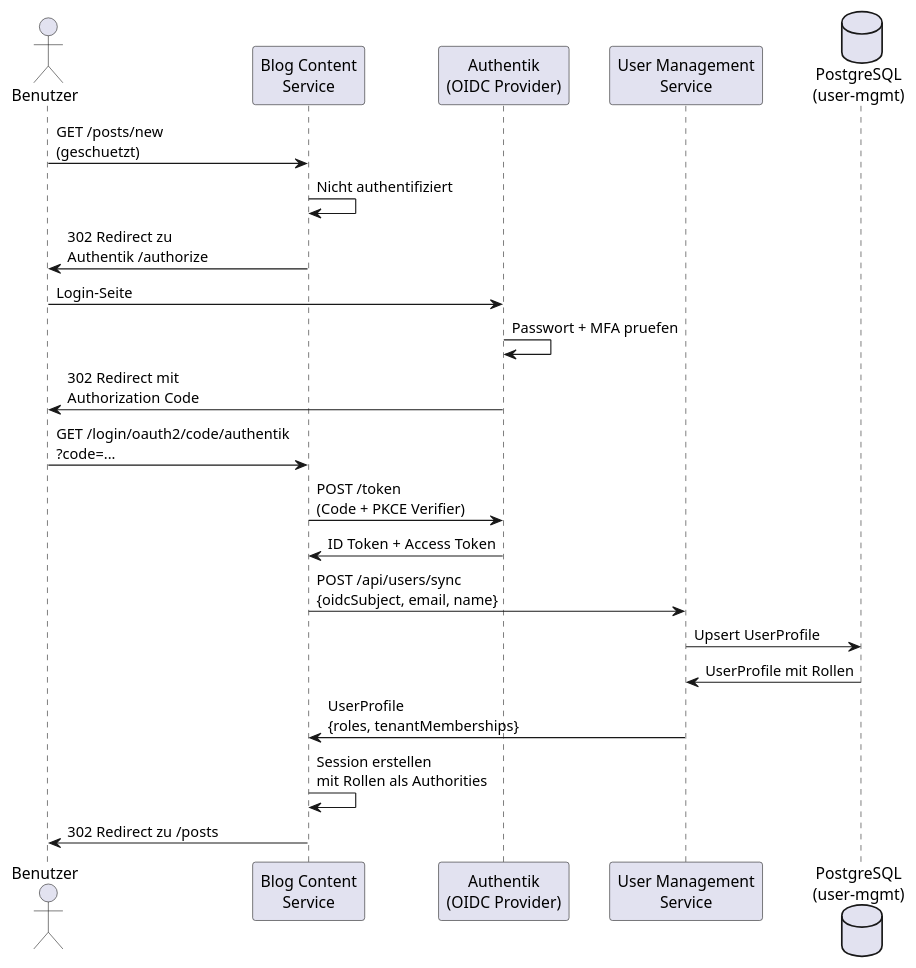
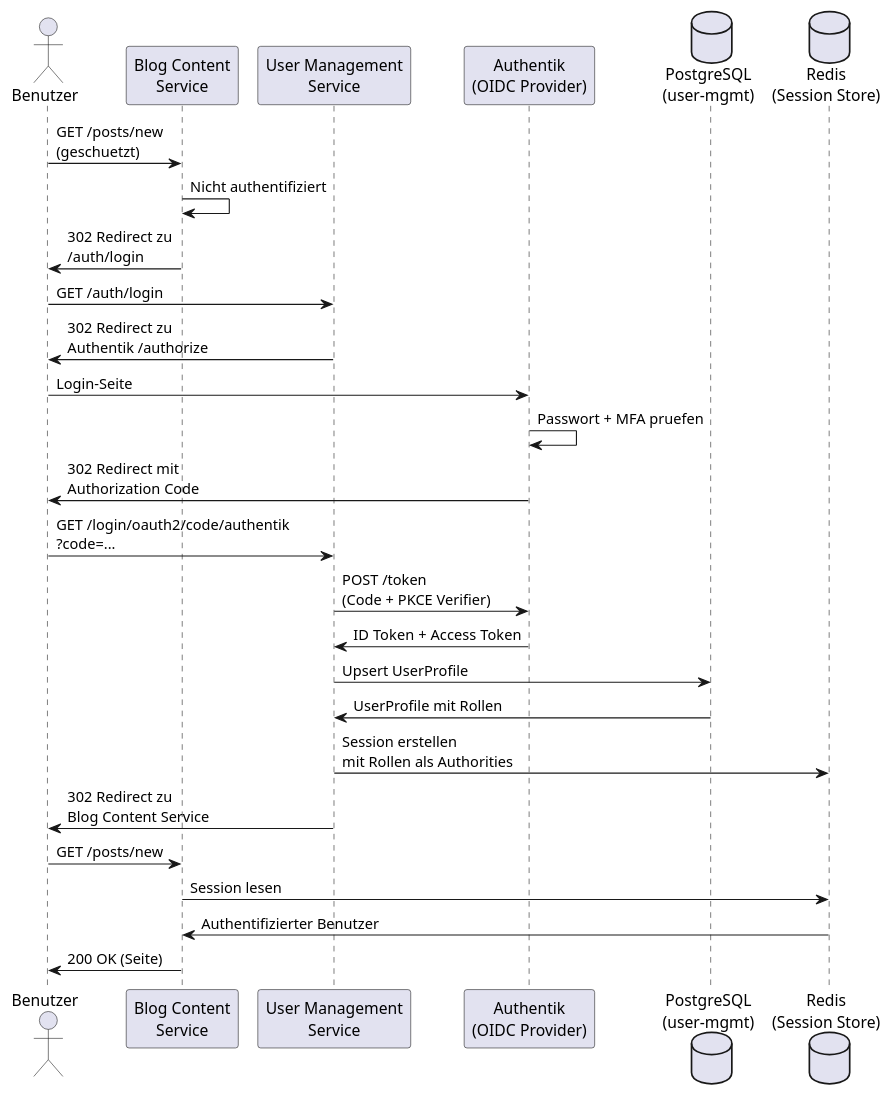
One commit to tomirgang/tomsblog changed the diagram in docs/arc42/modules/ROOT/partials/plantuml/runtime-oidc-login.puml. Above: the diagram before and after it, drawn with PlantUML. The commit also changed 122 other files, not shown here.

```diff
--- a/docs/arc42/modules/ROOT/partials/plantuml/runtime-oidc-login.puml
+++ b/docs/arc42/modules/ROOT/partials/plantuml/runtime-oidc-login.puml
@@ -1,23 +1,28 @@
 @startuml
 actor Benutzer
 participant "Blog Content\nService" as blog
+participant "User Management\nService" as usermgmt
 participant "Authentik\n(OIDC Provider)" as authentik
-participant "User Management\nService" as usermgmt
 database "PostgreSQL\n(user-mgmt)" as db
+database "Redis\n(Session Store)" as redis
 
 Benutzer -> blog : GET /posts/new\n(geschuetzt)
 blog -> blog : Nicht authentifiziert
-blog -> Benutzer : 302 Redirect zu\nAuthentik /authorize
+blog -> Benutzer : 302 Redirect zu\n/auth/login
+Benutzer -> usermgmt : GET /auth/login
+usermgmt -> Benutzer : 302 Redirect zu\nAuthentik /authorize
 Benutzer -> authentik : Login-Seite
 authentik -> authentik : Passwort + MFA pruefen
 authentik -> Benutzer : 302 Redirect mit\nAuthorization Code
-Benutzer -> blog : GET /login/oauth2/code/authentik\n?code=...
-blog -> authentik : POST /token\n(Code + PKCE Verifier)
-authentik -> blog : ID Token + Access Token
-blog -> usermgmt : POST /api/users/sync\n{oidcSubject, email, name}
+Benutzer -> usermgmt : GET /login/oauth2/code/authentik\n?code=...
+usermgmt -> authentik : POST /token\n(Code + PKCE Verifier)
+authentik -> usermgmt : ID Token + Access Token
 usermgmt -> db : Upsert UserProfile
 db -> usermgmt : UserProfile mit Rollen
-usermgmt -> blog : UserProfile\n{roles, tenantMemberships}
-blog -> blog : Session erstellen\nmit Rollen als Authorities
-blog -> Benutzer : 302 Redirect zu /posts
+usermgmt -> redis : Session erstellen\nmit Rollen als Authorities
+usermgmt -> Benutzer : 302 Redirect zu\nBlog Content Service
+Benutzer -> blog : GET /posts/new
+blog -> redis : Session lesen
+redis -> blog : Authentifizierter Benutzer
+blog -> Benutzer : 200 OK (Seite)
 @enduml
```
